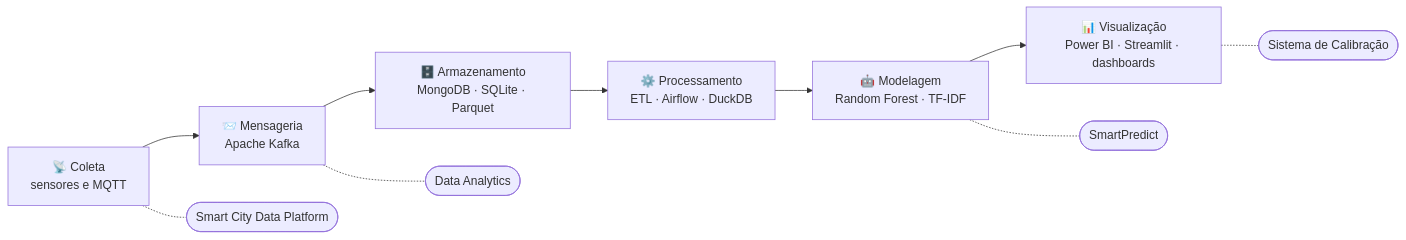
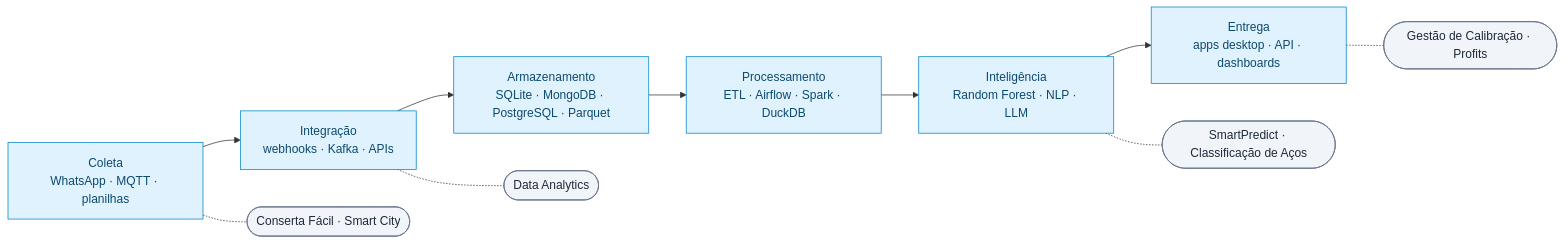
Before and after one commit to jcesarmph-ui/jcesarmph-ui: the first of 2 diagrams in README.md, drawn with Mermaid. The commit also changed other lines of this file, not shown here.

````diff
--- a/README.md
+++ b/README.md
@@ -36,13 +50,18 @@
 ```mermaid
 flowchart LR
-    A["📡 Coleta<br/>sensores e MQTT"] --> B["📨 Mensageria<br/>Apache Kafka"]
-    B --> C["🗄️ Armazenamento<br/>MongoDB · SQLite · Parquet"]
-    C --> D["⚙️ Processamento<br/>ETL · Airflow · DuckDB"]
-    D --> E["🤖 Modelagem<br/>Random Forest · TF-IDF"]
-    E --> F["📊 Visualização<br/>Power BI · Streamlit · dashboards"]
+    A["Coleta<br/>WhatsApp · MQTT · planilhas"] --> B["Integração<br/>webhooks · Kafka · APIs"]
+    B --> C["Armazenamento<br/>SQLite · MongoDB · PostgreSQL · Parquet"]
+    C --> D["Processamento<br/>ETL · Airflow · Spark · DuckDB"]
+    D --> E["Inteligência<br/>Random Forest · NLP · LLM"]
+    E --> F["Entrega<br/>apps desktop · API · dashboards"]
 
-    A -.- P1(["Smart City Data Platform"])
+    A -.- P1(["Conserta Fácil · Smart City"])
     B -.- P2(["Data Analytics"])
-    E -.- P3(["SmartPredict"])
-    F -.- P4(["Sistema de Calibração"])
+    E -.- P3(["SmartPredict · Classificação de Aços"])
+    F -.- P4(["Gestão de Calibração · Profits"])
+
+    classDef etapa fill:#E0F2FE,stroke:#0284C7,color:#0C4A6E
+    classDef projeto fill:#F1F5F9,stroke:#64748B,color:#1E293B
+    class A,B,C,D,E,F etapa
+    class P1,P2,P3,P4 projeto
 ```
````
